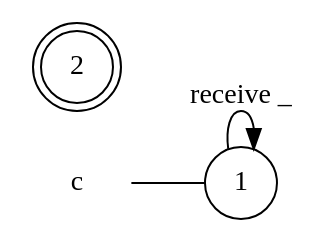
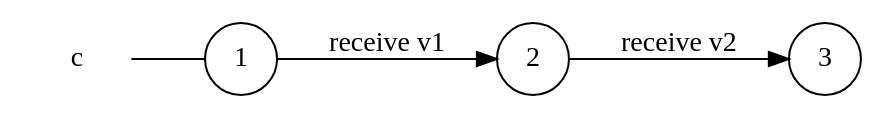
Before and after one commit to gabrielegenovese/chorer: the diagram in examples/trick/c_local_view.dot, drawn with Graphviz. The commit also changed 33 other files, not shown here.

```diff
--- a/examples/trick/c_local_view.dot
+++ b/examples/trick/c_local_view.dot
@@ -1,9 +1,11 @@
 digraph c {
 	rankdir="LR";
 	n_0 [label="c", shape="plaintext"];
 	n_1 [id="1", shape=circle, label="1"];
 	n_0 -> n_1 [arrowhead=none];
-	n_2 [id="2", shape=doublecircle, label="2"];
+	n_2 [id="2", shape=circle, label="3"];
+	n_3 [id="3", shape=circle, label="2"];
 
-	n_1 -> n_1 [id="[$e|2]", label="receive _"];
+	n_3 -> n_2 [id="[$e|0]", label="receive v2"];
+	n_1 -> n_3 [id="[$e|1]", label="receive v1"];
 }
```
